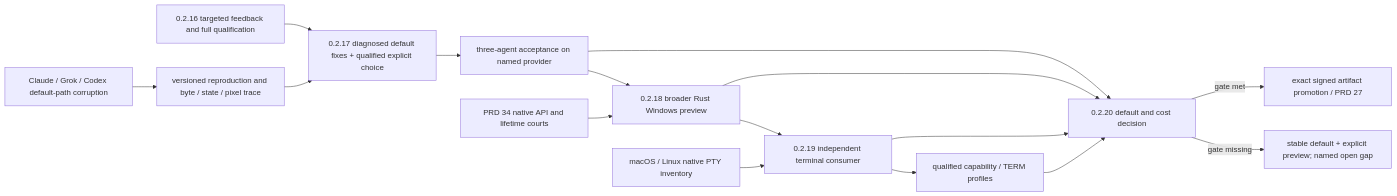
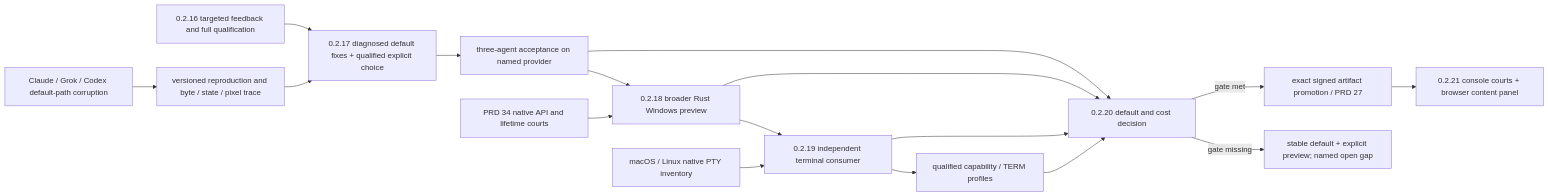
Before and after one commit to partnernetsoftware/minicon: the diagram in plan/plan-v0.2.x-product-roadmap.md, drawn with Mermaid. The commit also changed other lines of this file and 41 other files, not shown here.

Commit message:
feat: develop 0.2.21 console and browser paths

````diff
--- a/plan/plan-v0.2.x-product-roadmap.md
+++ b/plan/plan-v0.2.x-product-roadmap.md
@@ -107,15 +114,16 @@
 ```mermaid
 flowchart LR
     PAIN["Claude / Grok / Codex default-path corruption"] --> TRACE["versioned reproduction and byte / state / pixel trace"]
     TEST["0.2.16 targeted feedback and full qualification"] --> FIX
     TRACE --> FIX["0.2.17 diagnosed default fixes + qualified explicit choice"]
     FIX --> APP["three-agent acceptance on named provider"]
     APP --> PREVIEW["0.2.18 broader Rust Windows preview"]
     WIN["PRD 34 native API and lifetime courts"] --> PREVIEW
     PREVIEW --> CONTRACT["0.2.19 independent terminal consumer"]
     POSIX["macOS / Linux native PTY inventory"] --> CONTRACT
     CONTRACT --> PROFILE["qualified capability / TERM profiles"]
     APP & PREVIEW & CONTRACT & PROFILE --> DECIDE["0.2.20 default and cost decision"]
     DECIDE -->|"gate met"| RELEASE["exact signed artifact promotion / PRD 27"]
     DECIDE -->|"gate missing"| KEEP["stable default + explicit preview; named open gap"]
+    RELEASE --> COURT["0.2.21 console courts + browser content panel"]
 ```
````
